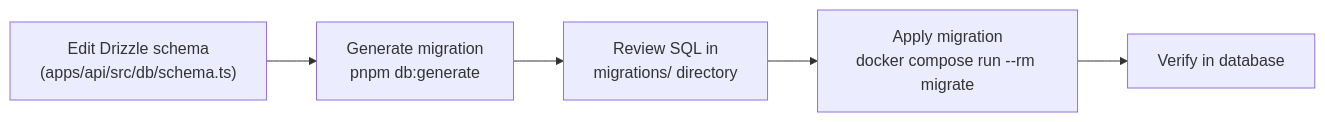
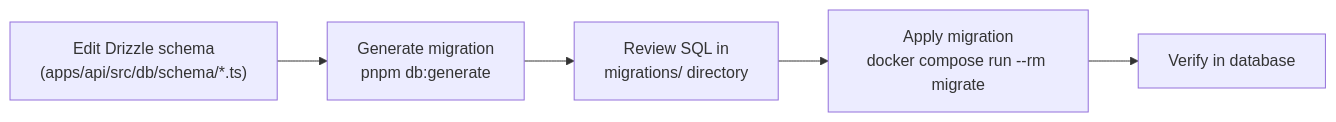
The third of 3 diagrams in docs/database.md (leith-bartrich/BigBlueBam), drawn with Mermaid before and after one commit. The commit also changed other lines of this file and 23 other files, not shown here.

````diff
--- a/docs/database.md
+++ b/docs/database.md
@@ -549,7 +574,7 @@
 ```mermaid
 graph LR
-    A["Edit Drizzle schema<br/>(apps/api/src/db/schema.ts)"] --> B["Generate migration<br/>pnpm db:generate"]
+    A["Edit Drizzle schema<br/>(apps/api/src/db/schema/*.ts)"] --> B["Generate migration<br/>pnpm db:generate"]
     B --> C["Review SQL in<br/>migrations/ directory"]
     C --> D["Apply migration<br/>docker compose run --rm migrate"]
     D --> E["Verify in database"]
 ```
````
